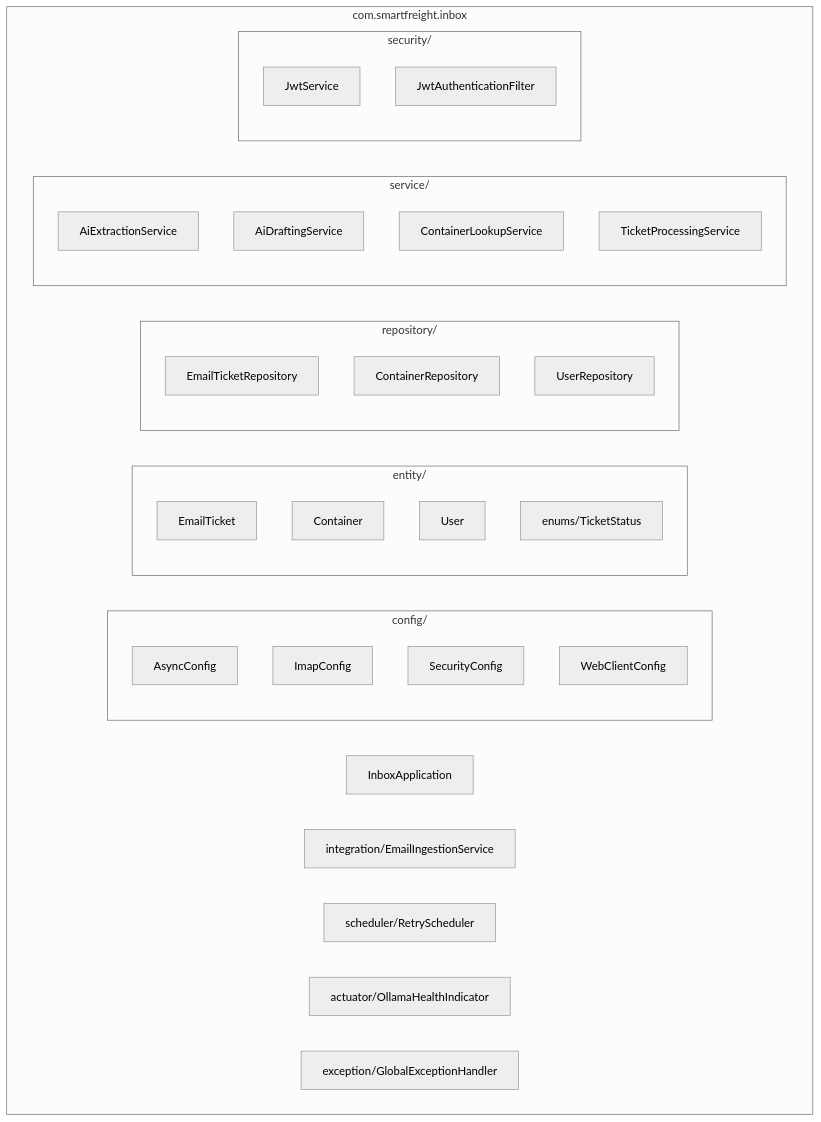
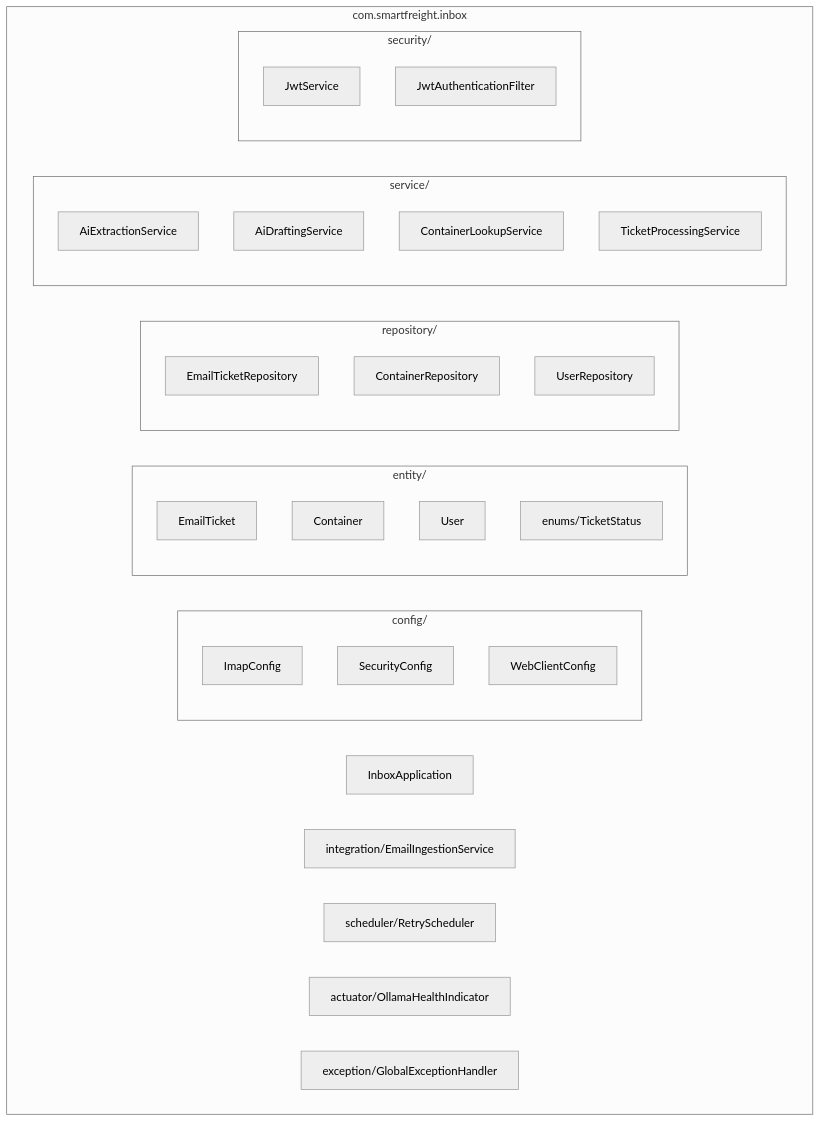
One commit to olegskel7-wq/smart-freight-inbox changed the second of 15 diagrams in docs/MASTER_ROADMAP_LT.md. Above: the diagram before and after it, drawn with Mermaid (neutral theme). The commit also changed other lines of this file and 29 other files, not shown here.

````diff
--- a/docs/MASTER_ROADMAP_LT.md
+++ b/docs/MASTER_ROADMAP_LT.md
@@ -79,37 +81,36 @@
 ```mermaid
 flowchart TB
   subgraph root [com.smartfreight.inbox]
     APP[InboxApplication]
     subgraph config [config/]
-      AC[AsyncConfig]
       IC[ImapConfig]
       SC[SecurityConfig]
       WC[WebClientConfig]
     end
     subgraph entity [entity/]
       ET[EmailTicket]
       CN[Container]
       US[User]
       TS[enums/TicketStatus]
     end
     subgraph repo [repository/]
       ETR[EmailTicketRepository]
       CR[ContainerRepository]
       UR[UserRepository]
     end
     subgraph service [service/]
       AES[AiExtractionService]
       ADS[AiDraftingService]
       CLS[ContainerLookupService]
       TPS[TicketProcessingService]
     end
     subgraph security [security/]
       JS[JwtService]
       JAF[JwtAuthenticationFilter]
     end
     ING[integration/EmailIngestionService]
     RS[scheduler/RetryScheduler]
     OHI[actuator/OllamaHealthIndicator]
     EX[exception/GlobalExceptionHandler]
   end
 ```
````
